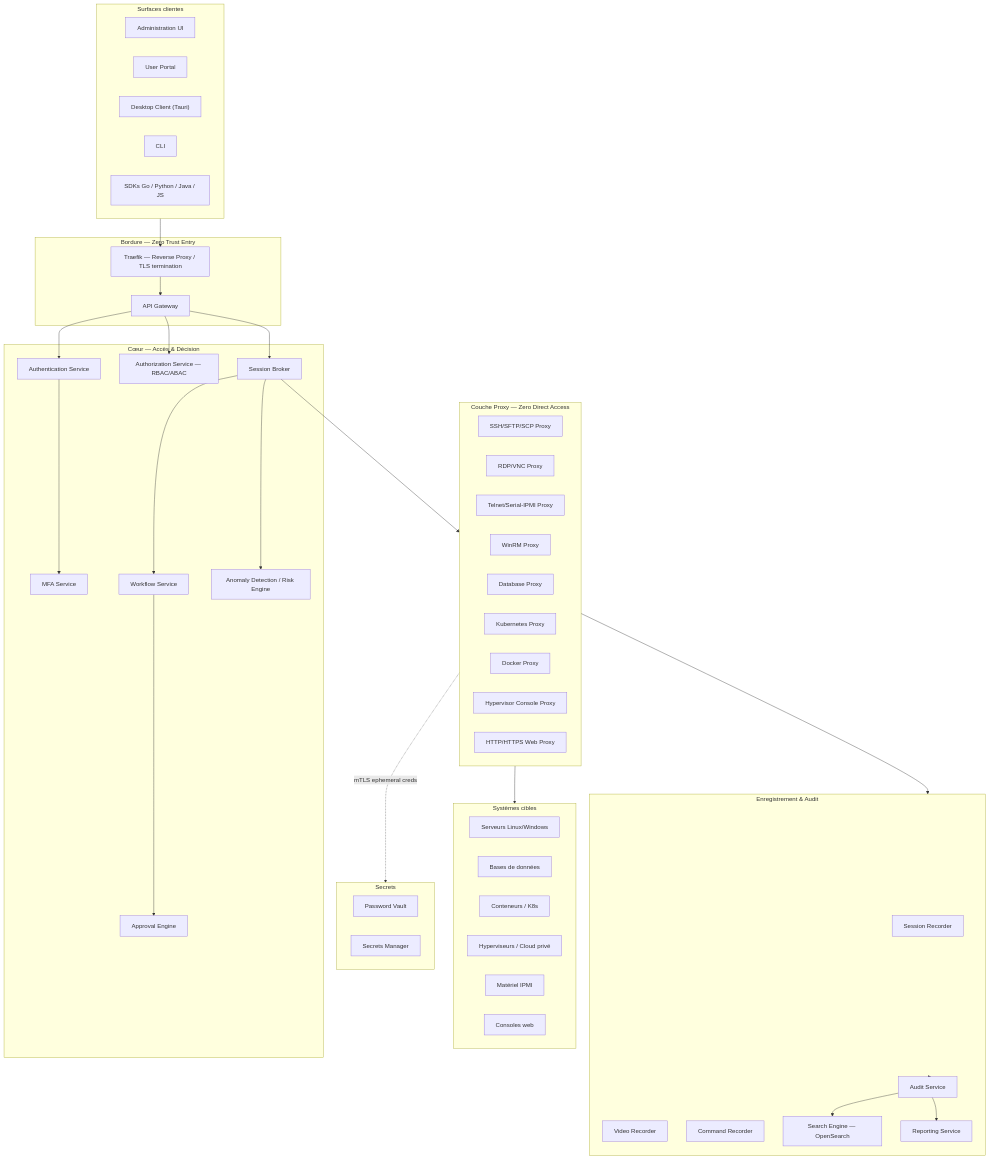
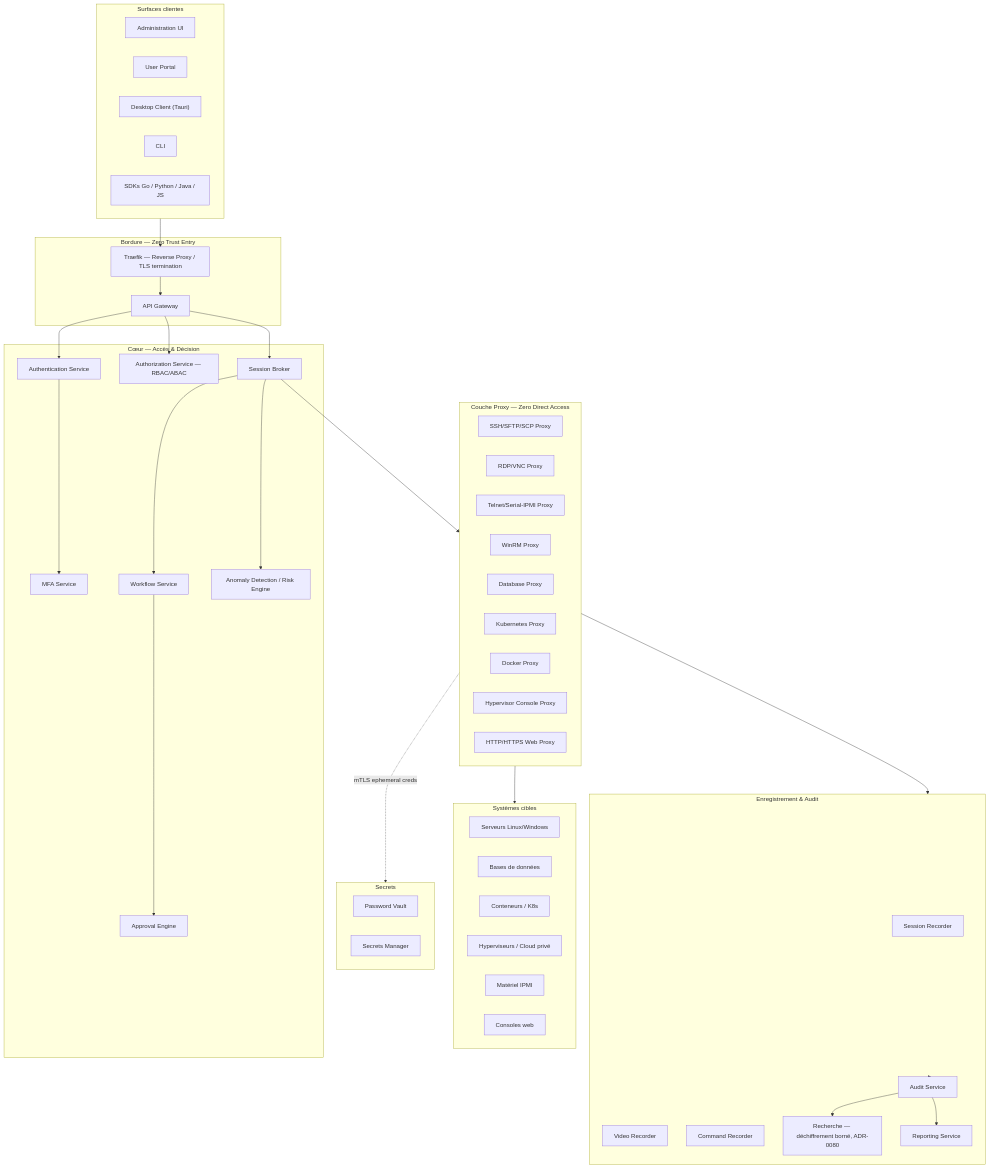
The first of 2 diagrams in docs/architecture/system-overview.md (openbastion/openbastion.github.io), drawn with Mermaid before and after one commit. The commit also changed other lines of this file and 61 other files, not shown here.

````diff
--- a/docs/architecture/system-overview.md
+++ b/docs/architecture/system-overview.md
@@ -11,72 +11,72 @@
 ```mermaid
 graph TB
     subgraph CLIENTS["Surfaces clientes"]
         AUI[Administration UI]
         UP[User Portal]
         DC["Desktop Client (Tauri)"]
         CLI[CLI]
         SDK["SDKs Go / Python / Java / JS"]
     end
 
     subgraph EDGE["Bordure — Zero Trust Entry"]
         TRAEFIK[Traefik — Reverse Proxy / TLS termination]
         GW[API Gateway]
     end
 
     subgraph CORE["Cœur — Accès & Décision"]
         AUTHN[Authentication Service]
         AUTHZ[Authorization Service — RBAC/ABAC]
         BROKER[Session Broker]
         WF[Workflow Service]
         APPR[Approval Engine]
         MFA[MFA Service]
         RISK[Anomaly Detection / Risk Engine]
     end
 
     subgraph PROXY["Couche Proxy — Zero Direct Access"]
         P1[SSH/SFTP/SCP Proxy]
         P2[RDP/VNC Proxy]
         P3[Telnet/Serial-IPMI Proxy]
         P4[WinRM Proxy]
         P5[Database Proxy]
         P6[Kubernetes Proxy]
         P7[Docker Proxy]
         P8[Hypervisor Console Proxy]
         P9[HTTP/HTTPS Web Proxy]
     end
 
     subgraph VAULT["Secrets"]
         PV[Password Vault]
         SM[Secrets Manager]
     end
 
     subgraph REC["Enregistrement & Audit"]
         SR[Session Recorder]
         VR[Video Recorder]
         CR[Command Recorder]
         AUD[Audit Service]
-        SE[Search Engine — OpenSearch]
+        SE[Recherche — déchiffrement borné, ADR-0080]
         REP[Reporting Service]
     end
 
     subgraph TARGETS["Systèmes cibles"]
         T1[Serveurs Linux/Windows]
         T2[Bases de données]
         T3[Conteneurs / K8s]
         T4[Hyperviseurs / Cloud privé]
         T5[Matériel IPMI]
         T6[Consoles web]
     end
 
     CLIENTS --> TRAEFIK --> GW
     GW --> AUTHN & AUTHZ & BROKER
     BROKER --> WF --> APPR
     AUTHN --> MFA
     BROKER --> RISK
     BROKER --> PROXY
     PROXY -.mTLS ephemeral creds.-> VAULT
     PROXY --> TARGETS
     PROXY --> REC
     REC --> AUD --> SE
     AUD --> REP
 ```
````
